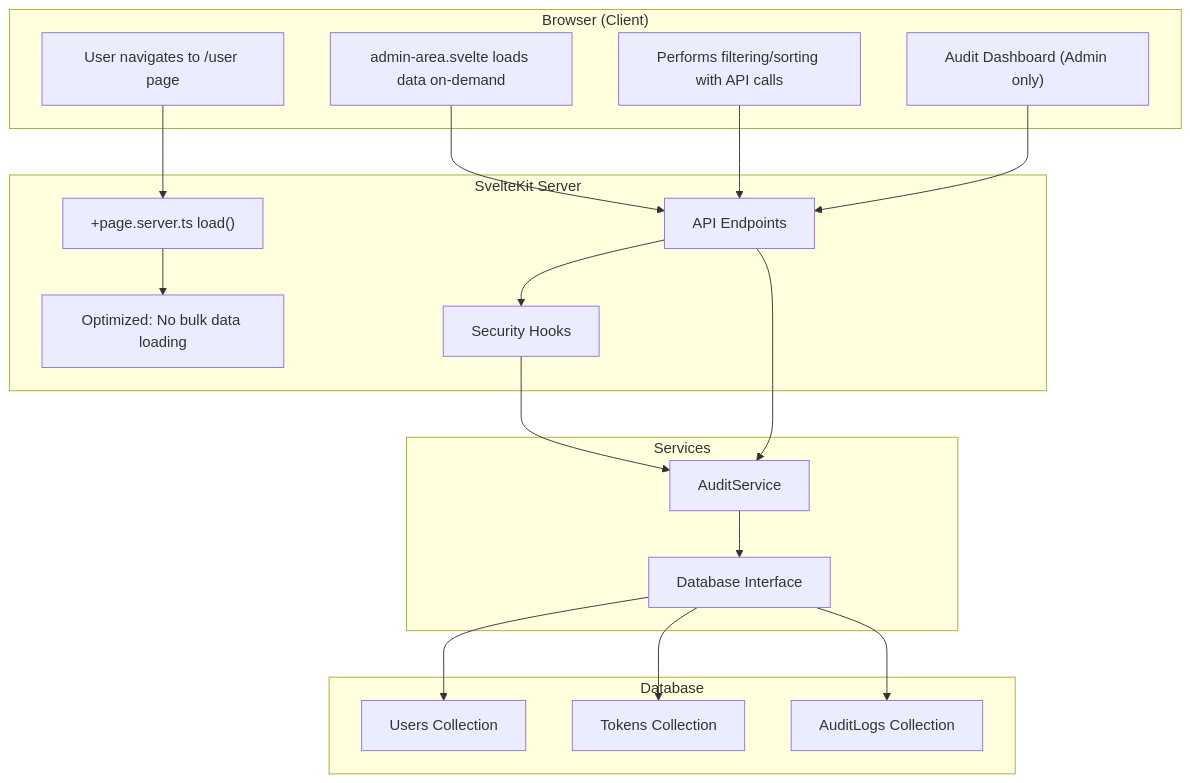
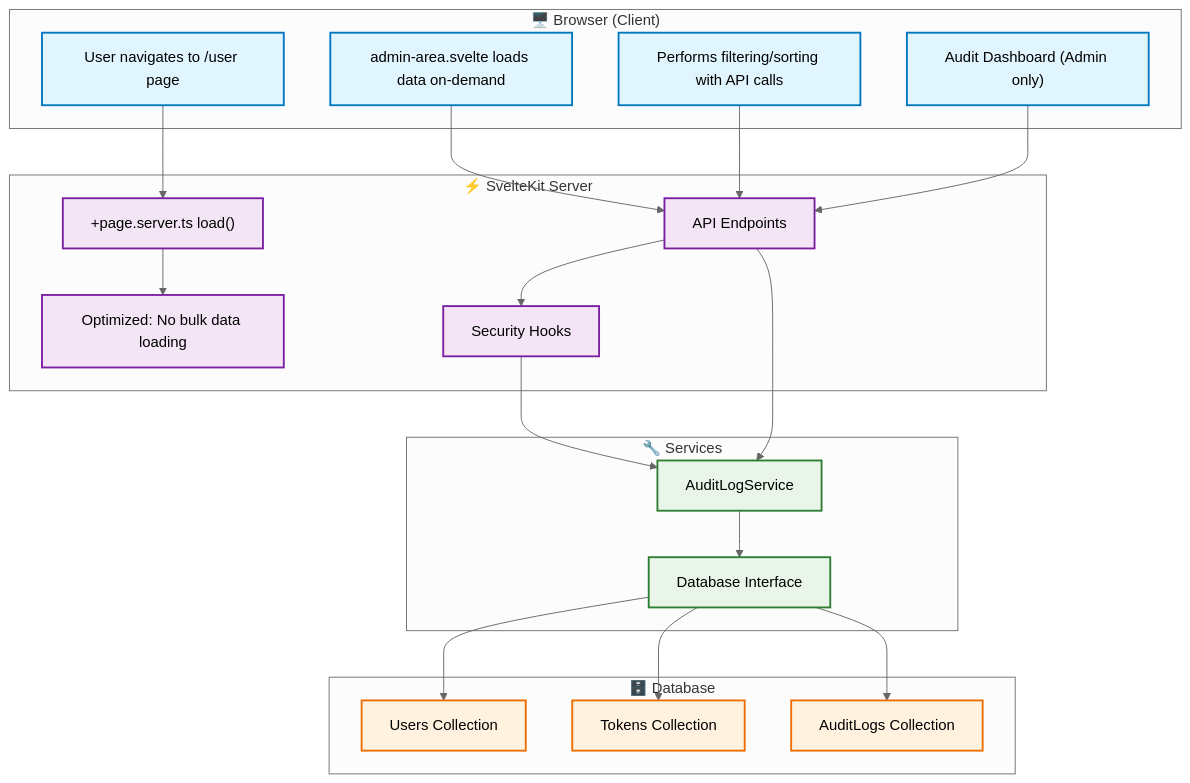
The diagram in docs/architecture/user-management-overview.mdx (SveltyCMS/SveltyCMS), drawn with Mermaid before and after one commit. The commit also changed other lines of this file and 1049 other files, not shown here.

````diff
--- a/docs/architecture/user-management-overview.mdx
+++ b/docs/architecture/user-management-overview.mdx
@@ -128,40 +129,63 @@
 ```mermaid
+%%{ init: { 'theme': 'neutral' } }%%
 graph TD
-    subgraph Browser["Browser (Client)"]
+    subgraph Browser["🖥️ Browser (Client)"]
         A["User navigates to /user page"]
         D["admin-area.svelte loads data on-demand"]
         E["Performs filtering/sorting with API calls"]
         F["Audit Dashboard (Admin only)"]
     end
 
-    subgraph Server["SvelteKit Server"]
+    subgraph Server["⚡ SvelteKit Server"]
         B["+page.server.ts load()"]
         C["Optimized: No bulk data loading"]
         H["API Endpoints"]
         I["Security Hooks"]
     end
 
-    subgraph Services["Services"]
-        J["AuditService"]
+    subgraph Services["🔧 Services"]
+        J["AuditLogService"]
         K["Database Interface"]
     end
 
-    subgraph Database["Database"]
+    subgraph Database["🗄️ Database"]
         L[Users Collection]
         M[Tokens Collection]
         N[AuditLogs Collection]
     end
 
+    %% Navigation flow
     A --> B
     B --> C
+
+    %% Admin area data loading
     D --> H
     E --> H
+
+    %% Audit dashboard access
     F --> H
+
+    %% Security and audit flow
     H --> I
     I --> J
+
+    %% Database operations
     J --> K
     K --> L
     K --> M
     K --> N
+
+    %% Additional audit logging
     H --> J
+
+    %% Styling
+    classDef browserStyle fill:#e1f5fe,stroke:#0277bd,stroke-width:2px
+    classDef serverStyle fill:#f3e5f5,stroke:#7b1fa2,stroke-width:2px
+    classDef serviceStyle fill:#e8f5e8,stroke:#2e7d32,stroke-width:2px
+    classDef dbStyle fill:#fff3e0,stroke:#ef6c00,stroke-width:2px
+
+    class A,D,E,F browserStyle
+    class B,C,H,I serverStyle
+    class J,K serviceStyle
+    class L,M,N dbStyle
 ```
````
